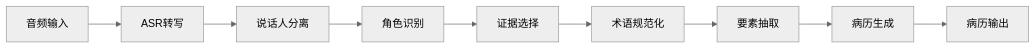
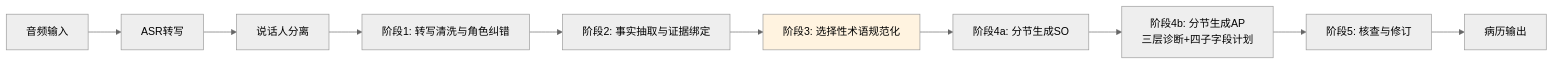
Before and after one commit to LiGaohe/MedicalAssistant: diagram 23 of 25 in docs/architecture.md, drawn with Mermaid (neutral theme). The commit also changed other lines of this file and 26 other files, not shown here.

````diff
--- a/docs/architecture.md
+++ b/docs/architecture.md
@@ -1222,11 +1226,13 @@
 ```mermaid
 graph LR
     A[音频输入] --> B[ASR转写]
     B --> C[说话人分离]
-    C --> D[角色识别]
-    D --> E[证据选择]
-    E --> F[术语规范化]
-    F --> G[要素抽取]
-    G --> H[病历生成]
-    H --> I[病历输出]
+    C --> D[阶段1: 转写清洗与角色纠错]
+    D --> E[阶段2: 事实抽取与证据绑定]
+    E --> F[阶段3: 选择性术语规范化]
+    F --> G[阶段4a: 分节生成SO]
+    G --> H[阶段4b: 分节生成AP<br/>三层诊断+四子字段计划]
+    H --> I[阶段5: 核查与修订]
+    I --> J[病历输出]
+    style F fill:#fff3e0
 ```
````
